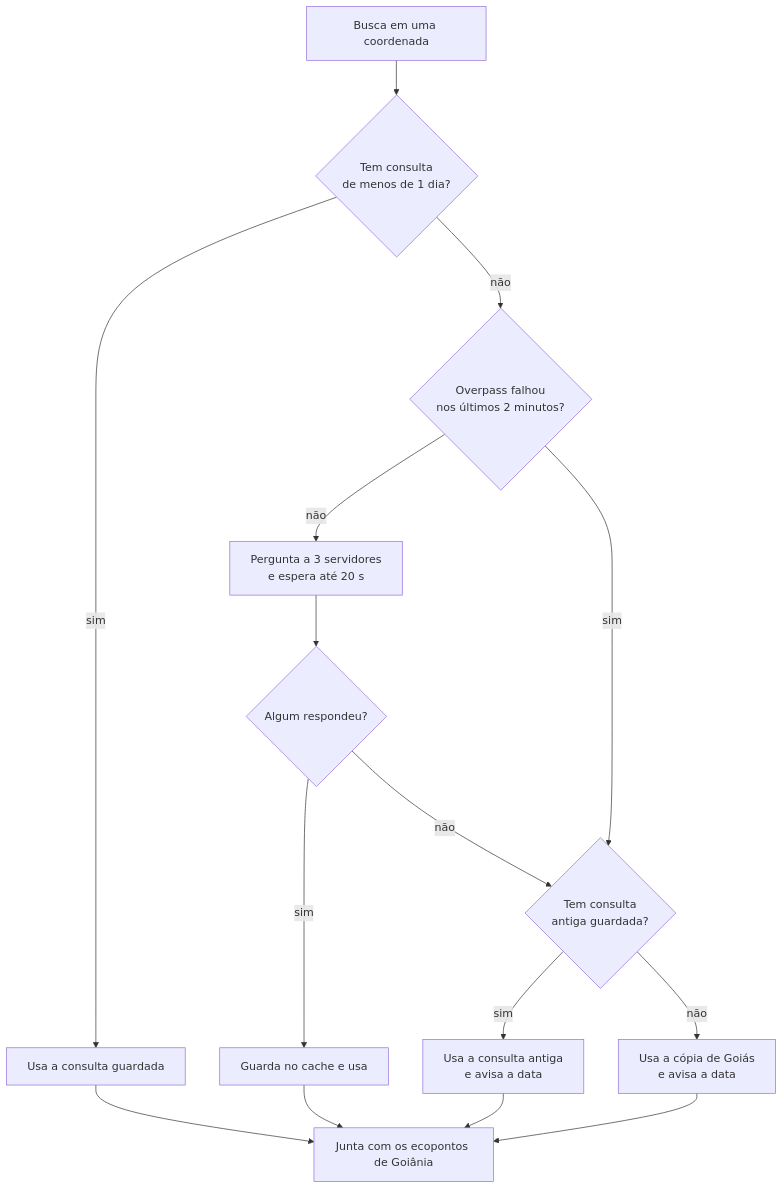
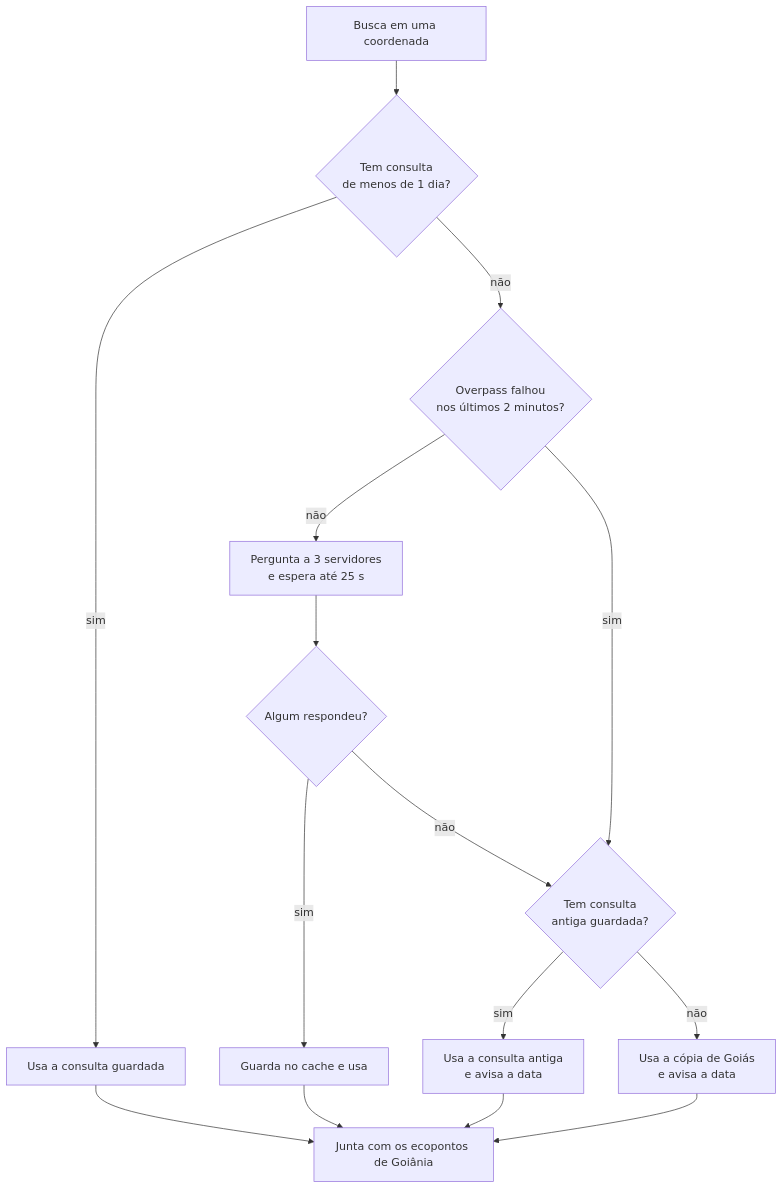
One commit to GustasSilva/residuogo changed the third of 4 diagrams in docs/DIAGRAMAS.md. Above: the diagram before and after it, drawn with Mermaid. The commit also changed 12 other files, not shown here.

````diff
--- a/docs/DIAGRAMAS.md
+++ b/docs/DIAGRAMAS.md
@@ -66,17 +66,17 @@
 ```mermaid
 flowchart TD
     inicio["Busca em uma coordenada"] --> cache{"Tem consulta<br/>de menos de 1 dia?"}
     cache -- sim --> usar["Usa a consulta guardada"]
     cache -- não --> falhou{"Overpass falhou<br/>nos últimos 2 minutos?"}
-    falhou -- não --> perguntar["Pergunta a 3 servidores<br/>e espera até 20 s"]
+    falhou -- não --> perguntar["Pergunta a 3 servidores<br/>e espera até 25 s"]
     perguntar --> respondeu{"Algum respondeu?"}
     respondeu -- sim --> guardar["Guarda no cache e usa"]
     respondeu -- não --> antiga{"Tem consulta<br/>antiga guardada?"}
     falhou -- sim --> antiga
     antiga -- sim --> aviso1["Usa a consulta antiga<br/>e avisa a data"]
     antiga -- não --> copia["Usa a cópia de Goiás<br/>e avisa a data"]
     usar --> final["Junta com os ecopontos de Goiânia"]
     guardar --> final
     aviso1 --> final
     copia --> final
 ```
````
